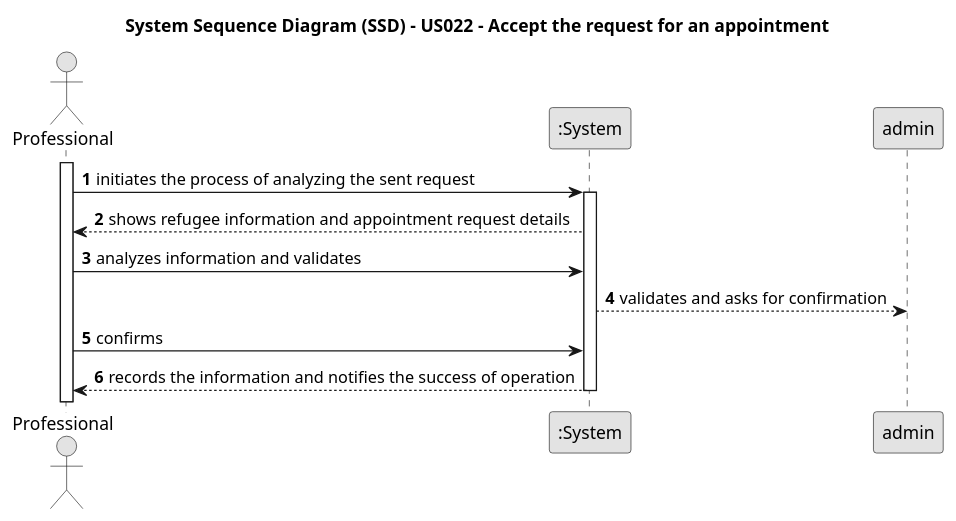
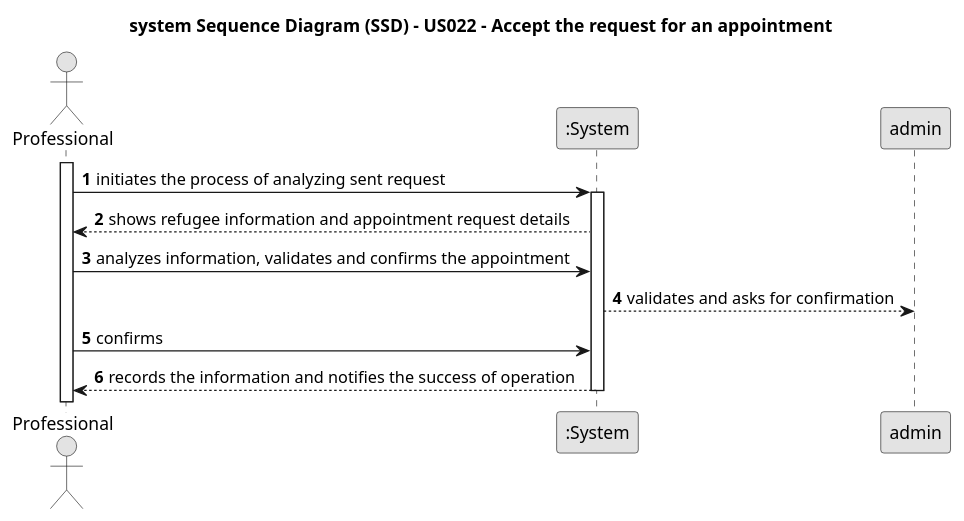
One commit to tbarracha/Upskill-Sprint-2-Gladly-Given changed the diagram in javaSprint2GladlyGiven/Docs/UseCases/uc022/uc022-SSD.puml. Above: the diagram before and after it, drawn with PlantUML. The commit also changed 18 other files, not shown here.

```diff
--- a/javaSprint2GladlyGiven/Docs/UseCases/uc022/uc022-SSD.puml
+++ b/javaSprint2GladlyGiven/Docs/UseCases/uc022/uc022-SSD.puml
@@ -1,27 +1,27 @@
 @startuml
 skinparam monochrome true
 skinparam packageStyle rectangle
 skinparam shadowing false
 
-title System Sequence Diagram (SSD) - US022 - Accept the request for an appointment
+title system Sequence Diagram (SSD) - US022 - Accept the request for an appointment
 
 
 
 autonumber
 
 actor Professional as prof
-participant ":System" as System
+participant ":System" as system
 
 activate prof
-    prof -> System : initiates the process of analyzing the sent request
-    activate System
-        System --> prof : shows refugee information and appointment request details
-        prof -> System : analyzes information and validates
-        System --> admin : validates and asks for confirmation
-        prof -> System : confirms
-        System --> prof : records the information and notifies the success of operation
-    deactivate System
+    prof -> system : initiates the process of analyzing sent request
+    activate system
+        system --> prof : shows refugee information and appointment request details
+        prof -> system : analyzes information, validates and confirms the appointment
+        system --> admin : validates and asks for confirmation
+        prof -> system : confirms
+        system --> prof : records the information and notifies the success of operation
+    deactivate system
 deactivate admin
 
 
 @enduml
```
